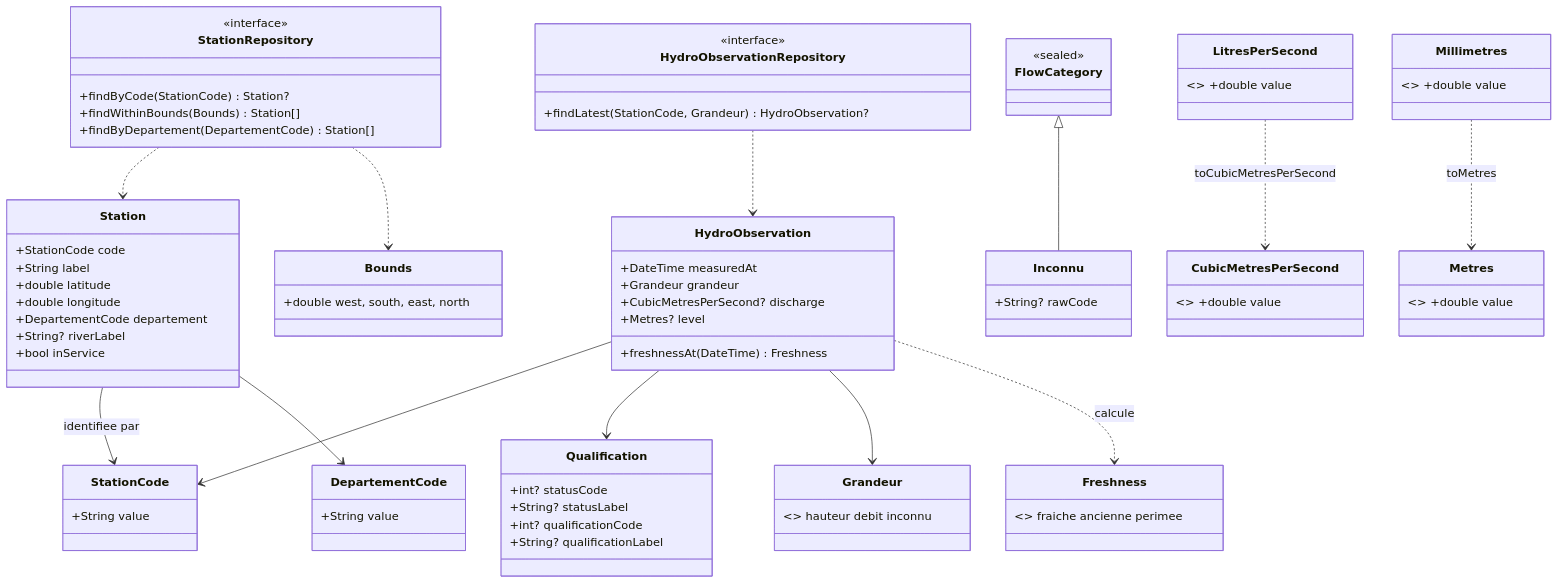
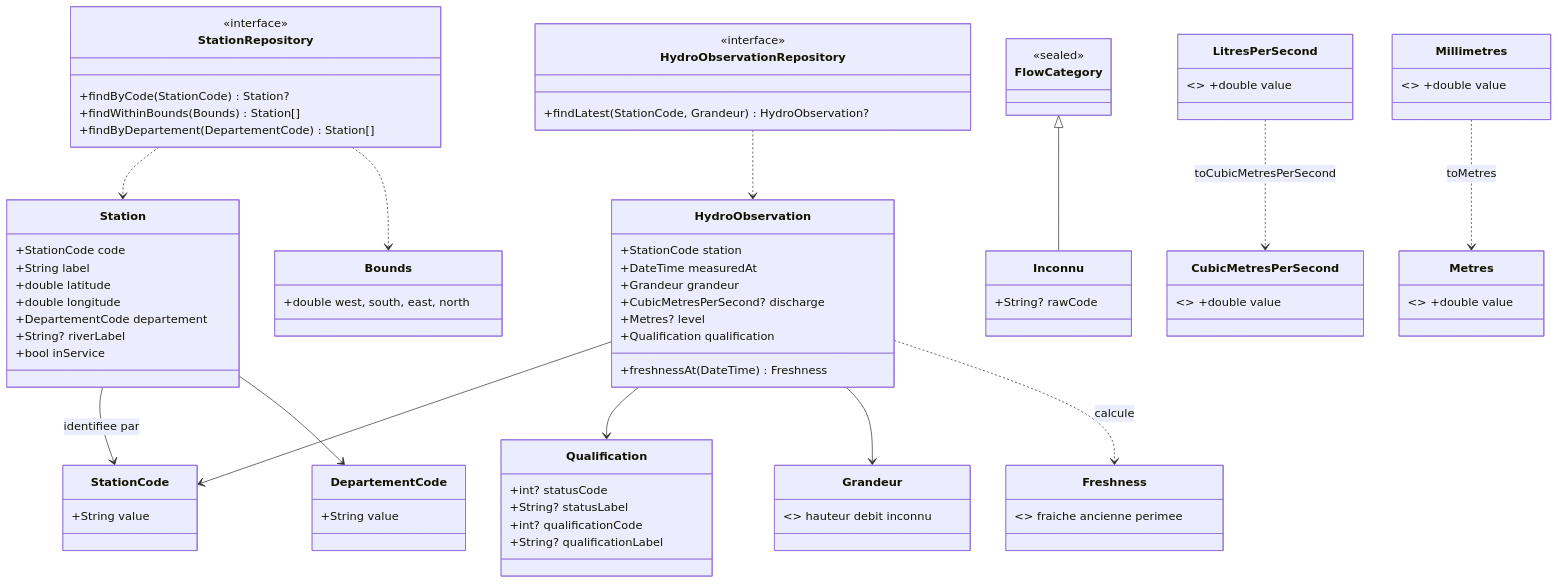
The diagram in docs/domain-model.md (HubEauContrib/MartinPecheur), drawn with Mermaid before and after one commit.

Commit message:
docs(domain): completer HydroObservation dans le diagramme, station et qualification

````diff
--- a/docs/domain-model.md
+++ b/docs/domain-model.md
@@ -84,58 +84,60 @@
 ```mermaid
 classDiagram
     class Station {
         +StationCode code
         +String label
         +double latitude
         +double longitude
         +DepartementCode departement
         +String? riverLabel
         +bool inService
     }
     class HydroObservation {
+        +StationCode station
         +DateTime measuredAt
         +Grandeur grandeur
         +CubicMetresPerSecond? discharge
         +Metres? level
+        +Qualification qualification
         +freshnessAt(DateTime) Freshness
     }
     class Qualification {
         +int? statusCode
         +String? statusLabel
         +int? qualificationCode
         +String? qualificationLabel
     }
     class StationCode { +String value }
     class DepartementCode { +String value }
     class Bounds { +double west, south, east, north }
     class FlowCategory { <<sealed>> }
     class Inconnu { +String? rawCode }
     class Grandeur { <<enumeration>> hauteur debit inconnu }
     class Freshness { <<enumeration>> fraiche ancienne perimee }
     class StationRepository {
         <<interface>>
         +findByCode(StationCode) Station?
         +findWithinBounds(Bounds) Station[]
         +findByDepartement(DepartementCode) Station[]
     }
     class HydroObservationRepository {
         <<interface>>
         +findLatest(StationCode, Grandeur) HydroObservation?
     }
     class LitresPerSecond { <<extension type>> +double value }
     class CubicMetresPerSecond { <<extension type>> +double value }
     class Millimetres { <<extension type>> +double value }
     class Metres { <<extension type>> +double value }
     Station --> StationCode : identifiee par
     Station --> DepartementCode
     HydroObservation --> StationCode
     HydroObservation --> Qualification
     HydroObservation --> Grandeur
     HydroObservation ..> Freshness : calcule
     FlowCategory <|-- Inconnu
     StationRepository ..> Station
     StationRepository ..> Bounds
     HydroObservationRepository ..> HydroObservation
     LitresPerSecond ..> CubicMetresPerSecond : toCubicMetresPerSecond
     Millimetres ..> Metres : toMetres
 ```
````
